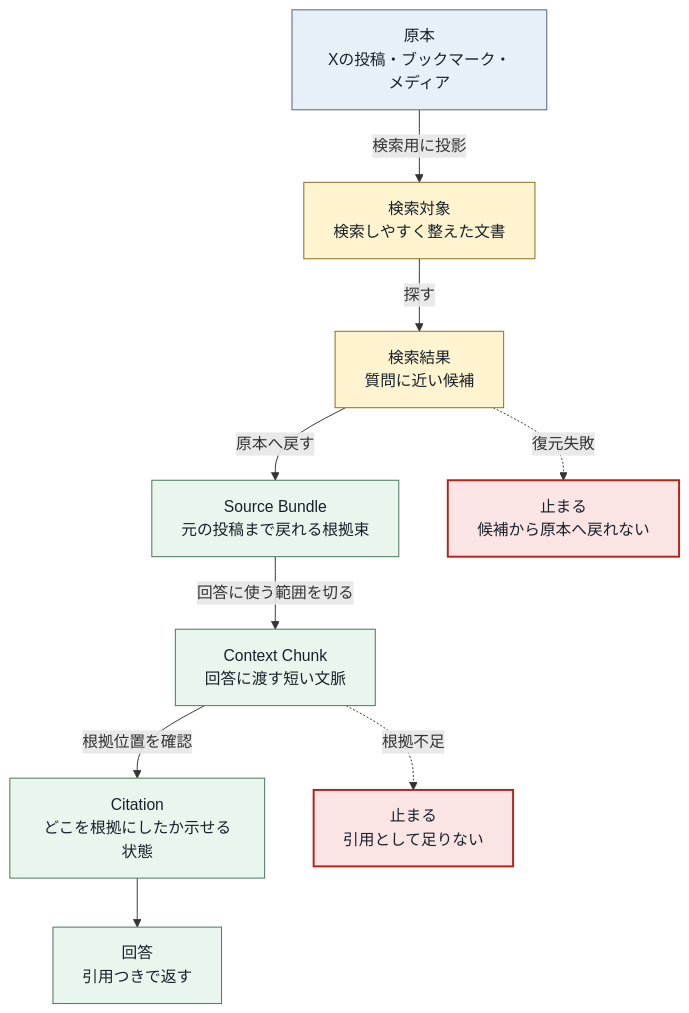
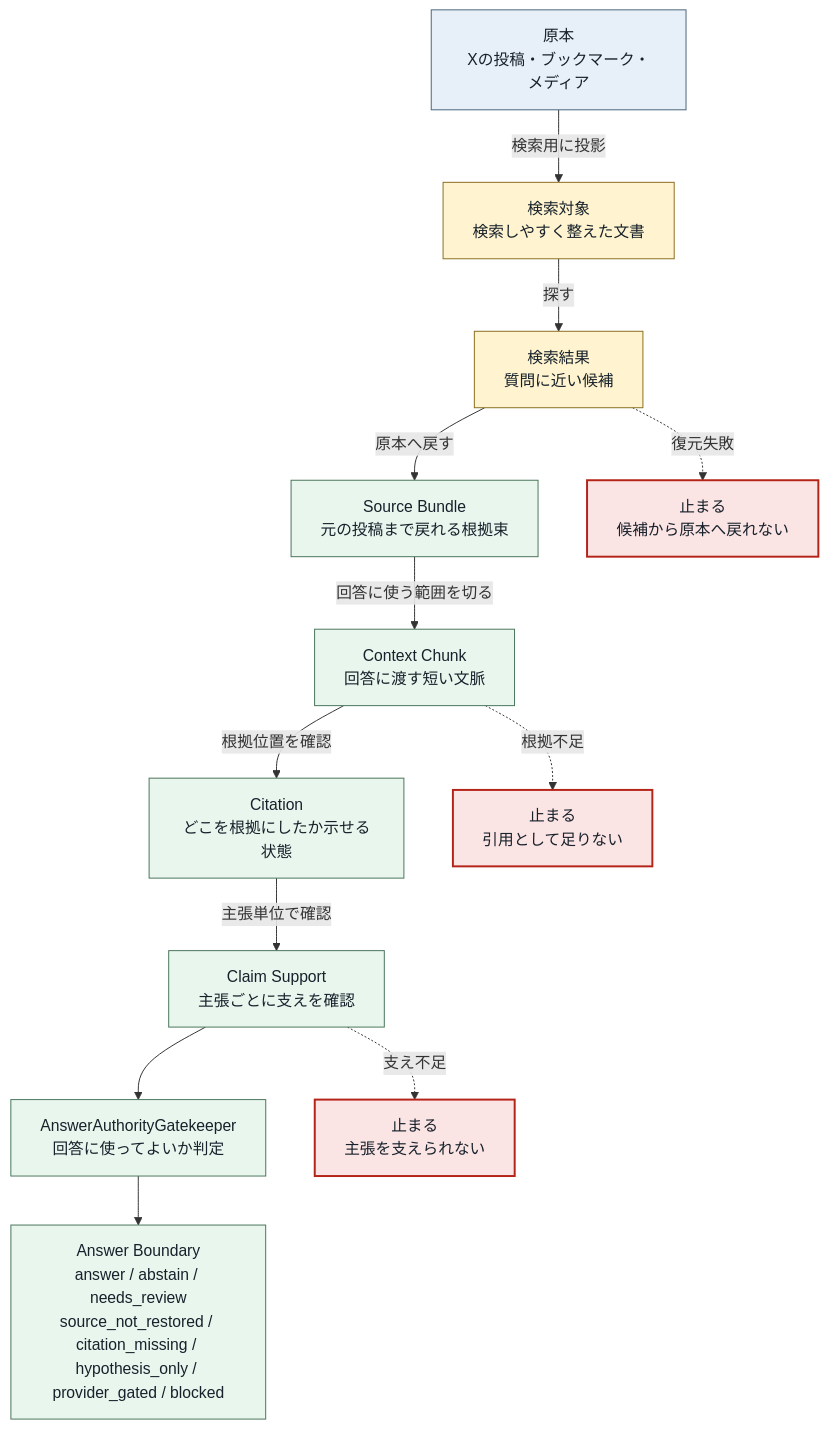
Before and after one commit to masanori64/research_x: the diagram in docs/presentation/mermaid/02-evidence-pipeline.mmd, drawn with Mermaid. The commit also changed 48 other files, not shown here.

Commit message:
Refresh final memory flow docs

```diff
--- a/docs/presentation/mermaid/02-evidence-pipeline.mmd
+++ b/docs/presentation/mermaid/02-evidence-pipeline.mmd
@@ -1,29 +1,35 @@
 flowchart TB
   %% 証拠パイプライン図: 「検索できた」と「根拠にできる」を分ける
 
   classDef raw fill:#e7f0f8,stroke:#49657a,color:#17212b
   classDef candidate fill:#fff4cf,stroke:#8a6d1d,color:#17212b
   classDef evidence fill:#e9f6ee,stroke:#49745a,color:#17212b
   classDef stop fill:#fbe4e4,stroke:#b42318,color:#17212b,stroke-width:2px
 
   raw["原本<br/>Xの投稿・ブックマーク・メディア"]:::raw
   document["検索対象<br/>検索しやすく整えた文書"]:::candidate
   hit["検索結果<br/>質問に近い候補"]:::candidate
 
   bundle["Source Bundle<br/>元の投稿まで戻れる根拠束"]:::evidence
   context["Context Chunk<br/>回答に渡す短い文脈"]:::evidence
   citation["Citation<br/>どこを根拠にしたか示せる状態"]:::evidence
-  answer["回答<br/>引用つきで返す"]:::evidence
+  support["Claim Support<br/>主張ごとに支えを確認"]:::evidence
+  authority["AnswerAuthorityGatekeeper<br/>回答に使ってよいか判定"]:::evidence
+  boundary["Answer Boundary<br/>answer / abstain / needs_review<br/>source_not_restored / citation_missing / hypothesis_only / provider_gated / blocked"]:::evidence
 
   no_source["止まる<br/>候補から原本へ戻れない"]:::stop
   no_citation["止まる<br/>引用として足りない"]:::stop
+  no_support["止まる<br/>主張を支えられない"]:::stop
 
   raw -->|"検索用に投影"| document
   document -->|"探す"| hit
   hit -->|"原本へ戻す"| bundle
   bundle -->|"回答に使う範囲を切る"| context
   context -->|"根拠位置を確認"| citation
-  citation --> answer
+  citation -->|"主張単位で確認"| support
+  support --> authority
+  authority --> boundary
 
   hit -. "復元失敗" .-> no_source
   context -. "根拠不足" .-> no_citation
+  support -. "支え不足" .-> no_support
```
